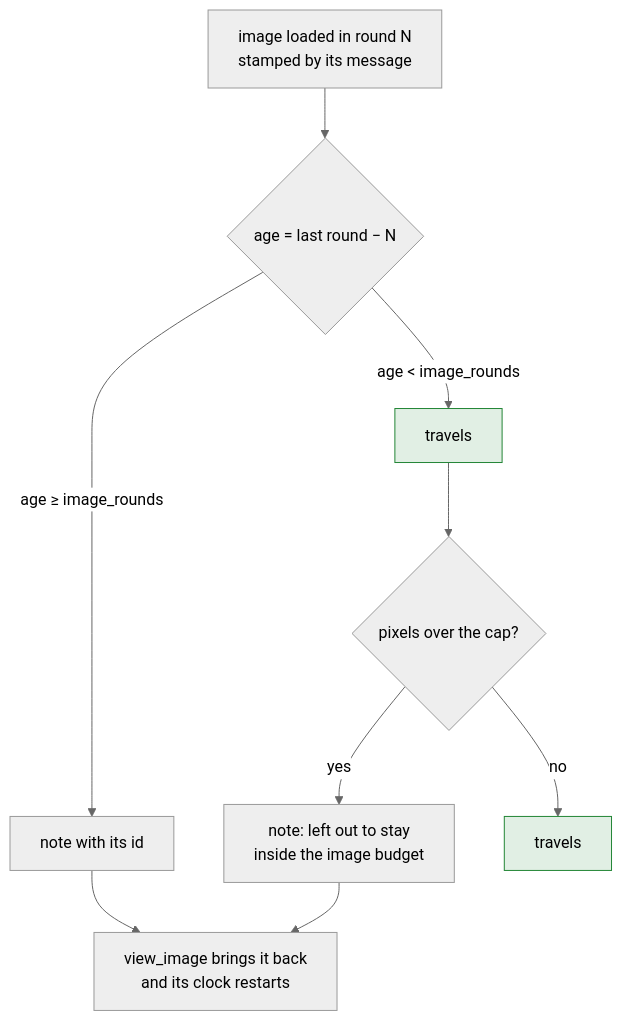
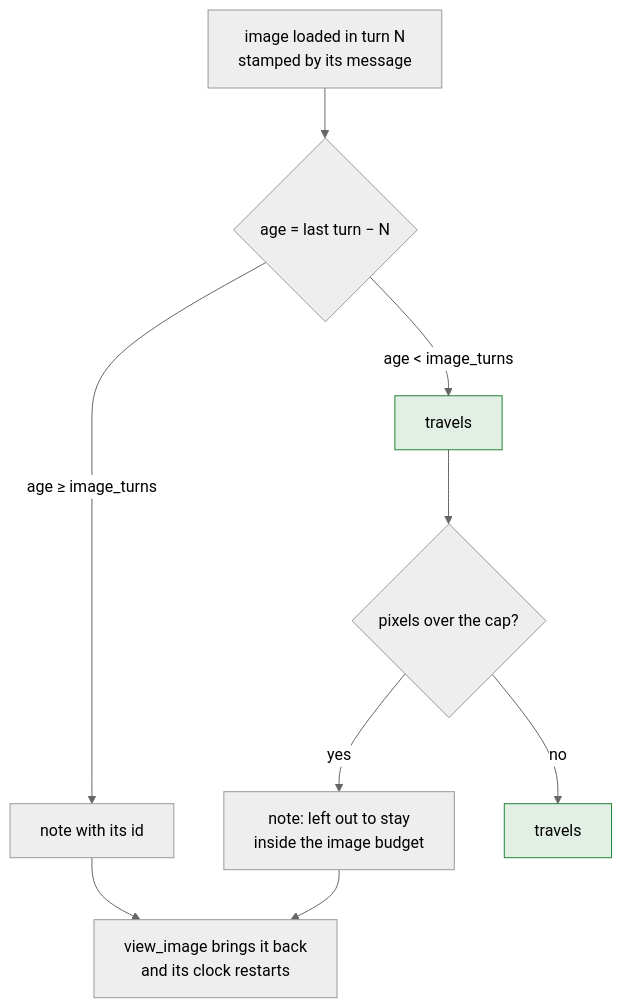
Before and after one commit to GabrielMartinMoran/sigil: diagram 14 of 16 in docs/context.md, drawn with Mermaid (neutral theme). The commit also changed other lines of this file and 59 other files, not shown here.

````diff
--- a/docs/context.md
+++ b/docs/context.md
@@ -520,15 +527,15 @@
 ```mermaid
 flowchart TD
-    A["image loaded in round N<br/>stamped by its message"] --> B{"age = last round − N"}
-    B -->|"age < image_rounds"| KEEP["travels"]
-    B -->|"age ≥ image_rounds"| DROP["note with its id"]
+    A["image loaded in turn N<br/>stamped by its message"] --> B{"age = last turn − N"}
+    B -->|"age < image_turns"| KEEP["travels"]
+    B -->|"age ≥ image_turns"| DROP["note with its id"]
     KEEP --> C{"pixels over the cap?"}
     C -->|yes| DROP2["note: left out to stay<br/>inside the image budget"]
     C -->|no| OK["travels"]
 
     DROP --> BACK["view_image brings it back<br/>and its clock restarts"]
     DROP2 --> BACK
 
     style KEEP fill:#23863622,stroke:#238636
     style OK fill:#23863622,stroke:#238636
 ```
````
